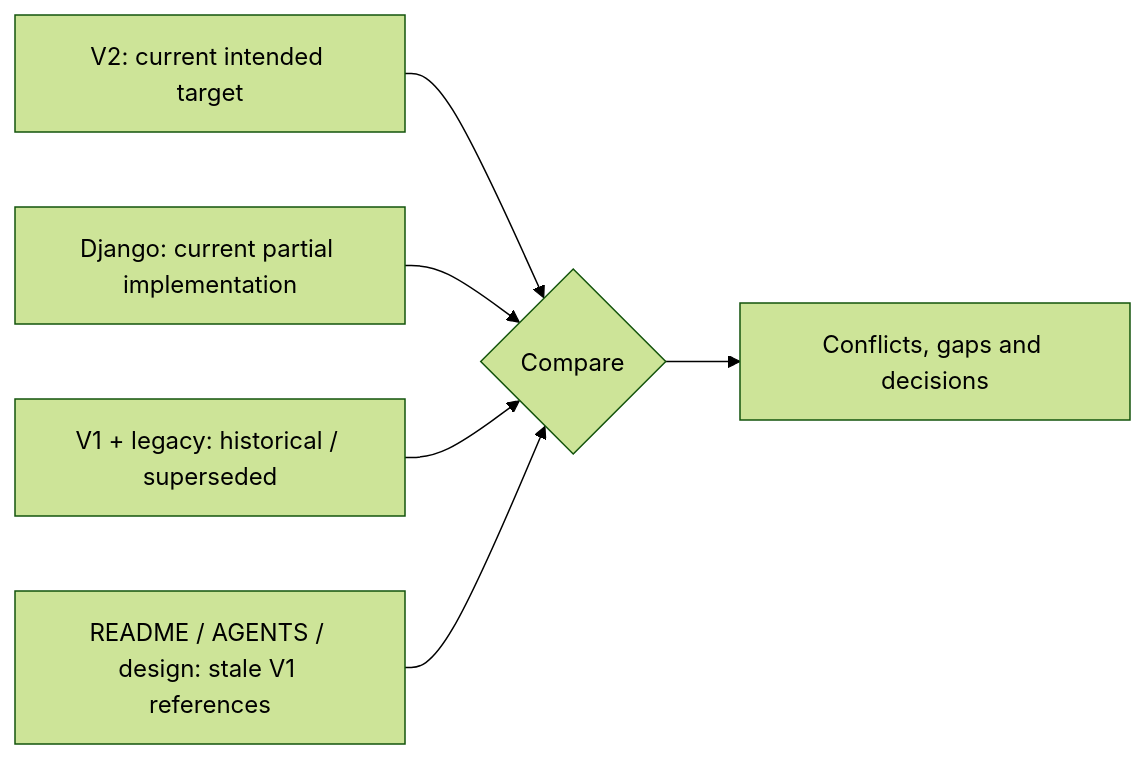
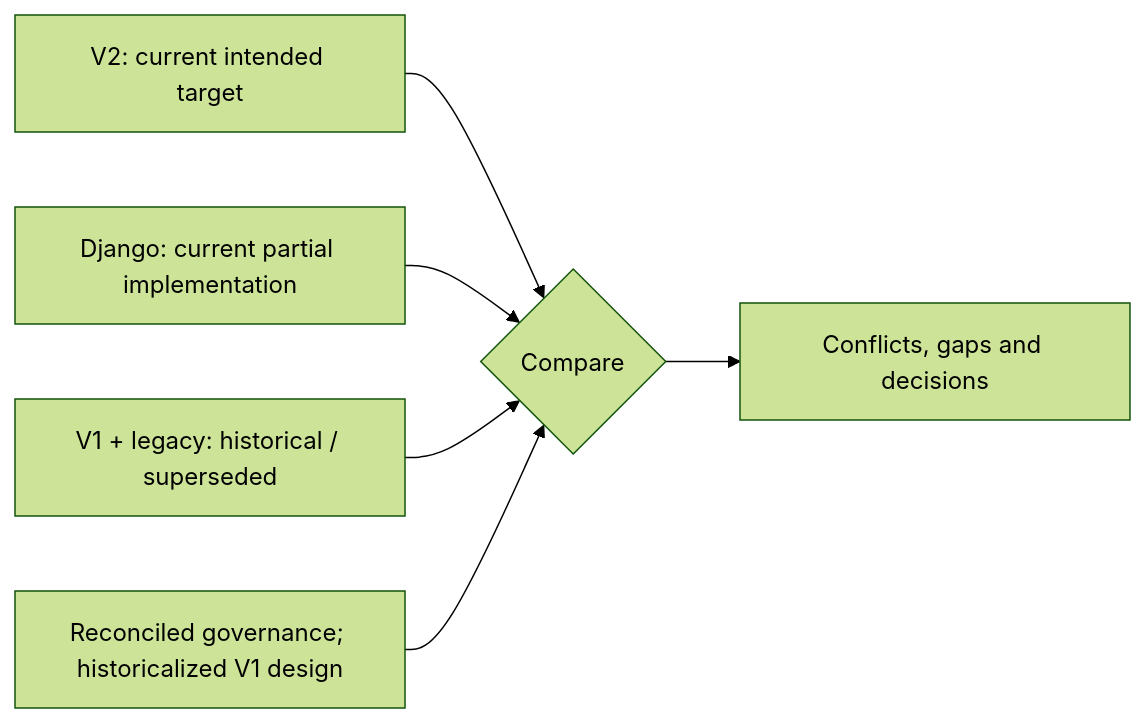
The diagram in architecture/03-ARCHITECTURE-CONFLICT-MAP.md (muhammedshibiliraihsoft-art/VIRMS), drawn with Mermaid (forest theme) before and after one commit. The commit also changed other lines of this file and 32 other files, not shown here.

Commit message:
docs: reconcile VIRMS v2 governance and design authority

````diff
--- a/architecture/03-ARCHITECTURE-CONFLICT-MAP.md
+++ b/architecture/03-ARCHITECTURE-CONFLICT-MAP.md
@@ -12,8 +12,8 @@
 ```mermaid
 flowchart LR
   V2[V2: current intended target] --> G{Compare}
   CODE[Django: current partial implementation] --> G
   V1[V1 + legacy: historical / superseded] --> G
-  GOV[README / AGENTS / design: stale V1 references] --> G
+  GOV[Reconciled governance; historicalized V1 design] --> G
   G --> M[Conflicts, gaps and decisions]
 ```
````
